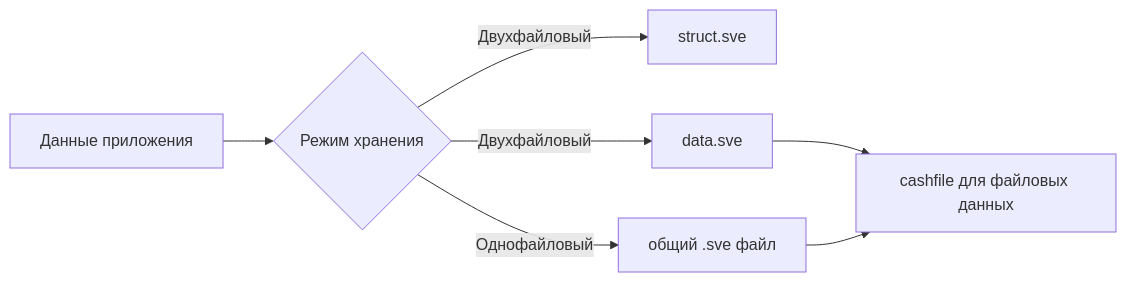
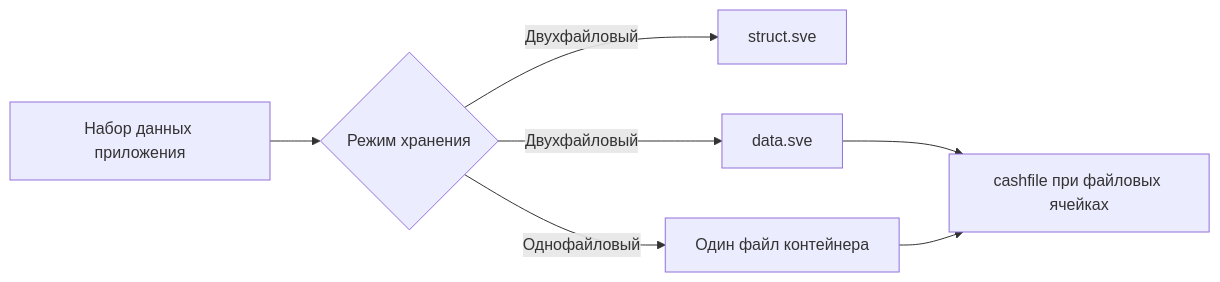
The diagram in docs/FileFormat.md (matskaleksandr/GDELib), drawn with Mermaid before and after one commit. The commit also changed other lines of this file and 7 other files, not shown here.

````diff
--- a/docs/FileFormat.md
+++ b/docs/FileFormat.md
@@ -72,9 +61,9 @@
 ```mermaid
 flowchart LR
-    A[Данные приложения] --> B{Режим хранения}
+    A[Набор данных приложения] --> B{Режим хранения}
     B -->|Двухфайловый| C[struct.sve]
     B -->|Двухфайловый| D[data.sve]
-    B -->|Однофайловый| E[общий .sve файл]
-    D --> F[cashfile для файловых данных]
+    B -->|Однофайловый| E[Один файл контейнера]
+    D --> F[cashfile при файловых ячейках]
     E --> F
 ```
````
